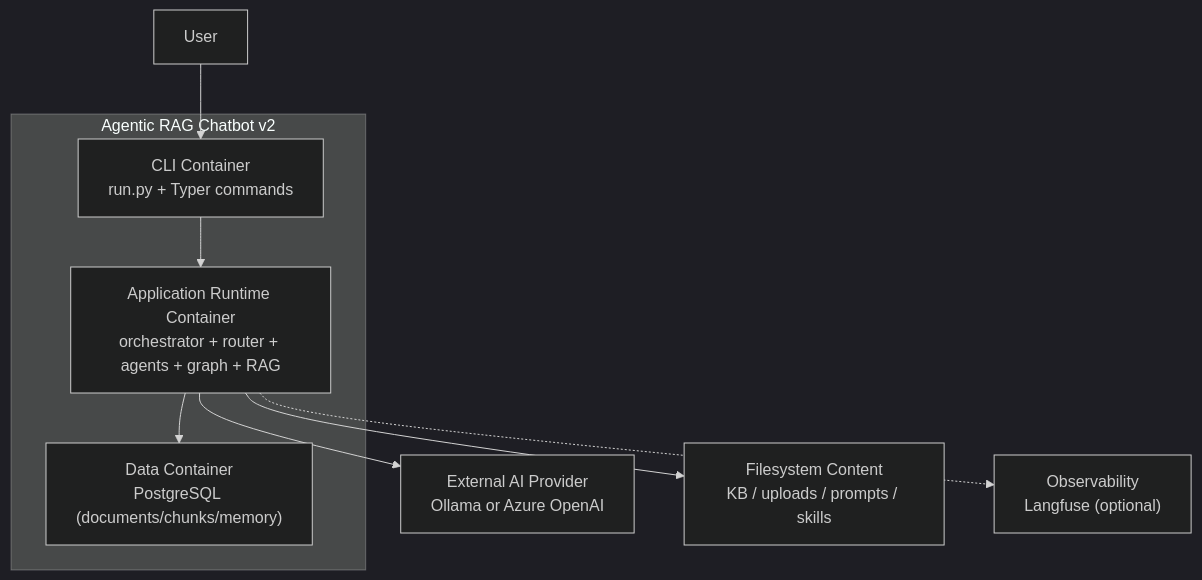
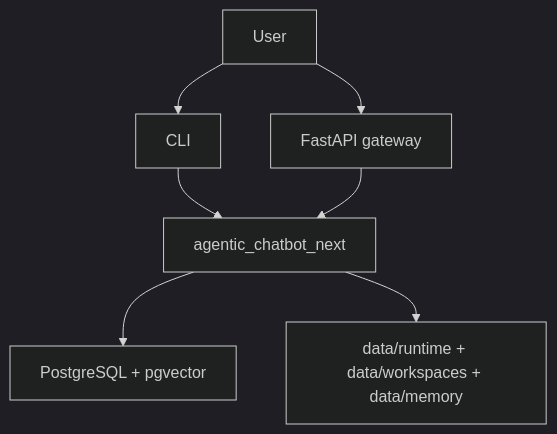
Before and after one commit to browntitan/rag_agent: the first of 2 diagrams in docs/C4_ARCHITECTURE.md, drawn with Mermaid (dark theme). The commit also changed other lines of this file and 248 other files, not shown here.

First line of the commit message:
Finish next-runtime acceptance coverage and document verified Ollama flow

````diff
--- a/docs/C4_ARCHITECTURE.md
+++ b/docs/C4_ARCHITECTURE.md
@@ -61,21 +5,14 @@
 ```mermaid
-flowchart TB
+flowchart TD
     user["User"]
+    cli["CLI"]
+    api["FastAPI gateway"]
+    runtime["agentic_chatbot_next"]
+    pg["PostgreSQL + pgvector"]
+    disk["data/runtime + data/workspaces + data/memory"]
 
-    subgraph sys["Agentic RAG Chatbot v2"]
-        cli["CLI Container\nrun.py + Typer commands"]
-        runtime["Application Runtime Container\norchestrator + router + agents + graph + RAG"]
-        pg["Data Container\nPostgreSQL (documents/chunks/memory)"]
-    end
-
-    provider["External AI Provider\nOllama or Azure OpenAI"]
-    fs["Filesystem Content\nKB / uploads / prompts / skills"]
-    obs["Observability\nLangfuse (optional)"]
-
-    user --> cli
-    cli --> runtime
+    user --> cli --> runtime
+    user --> api --> runtime
     runtime --> pg
-    runtime --> provider
-    runtime --> fs
-    runtime -.-> obs
+    runtime --> disk
 ```
````
